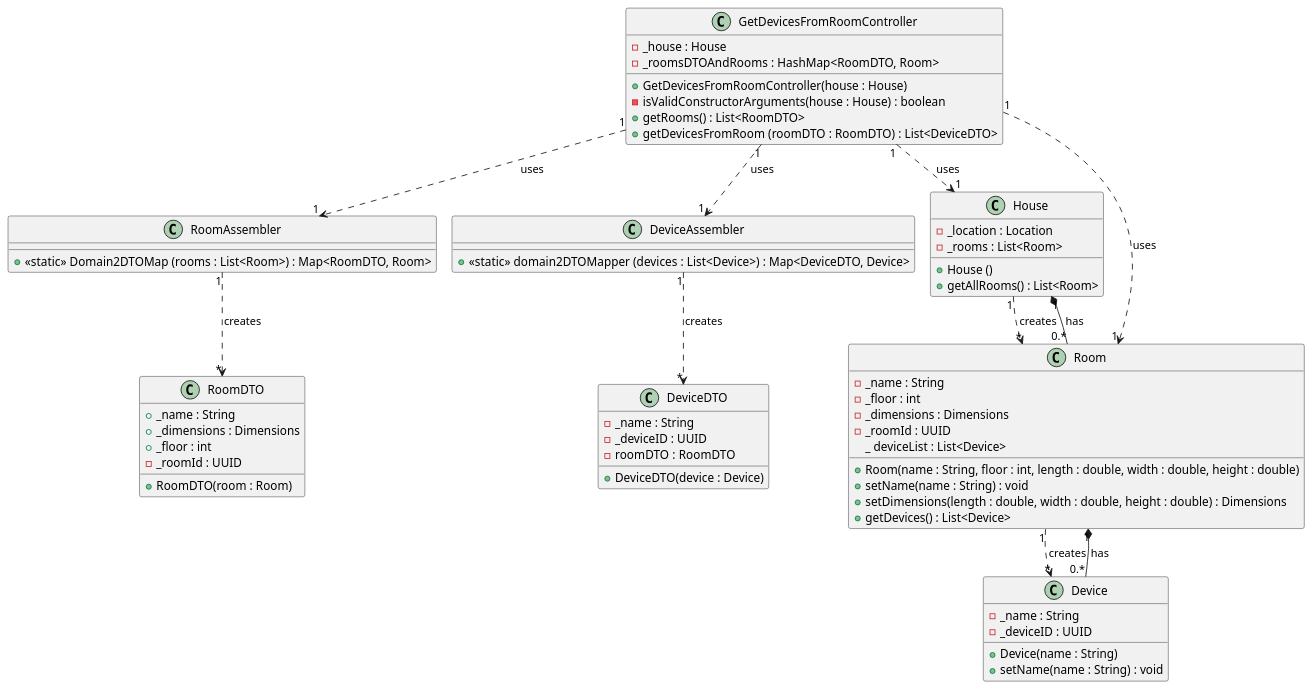
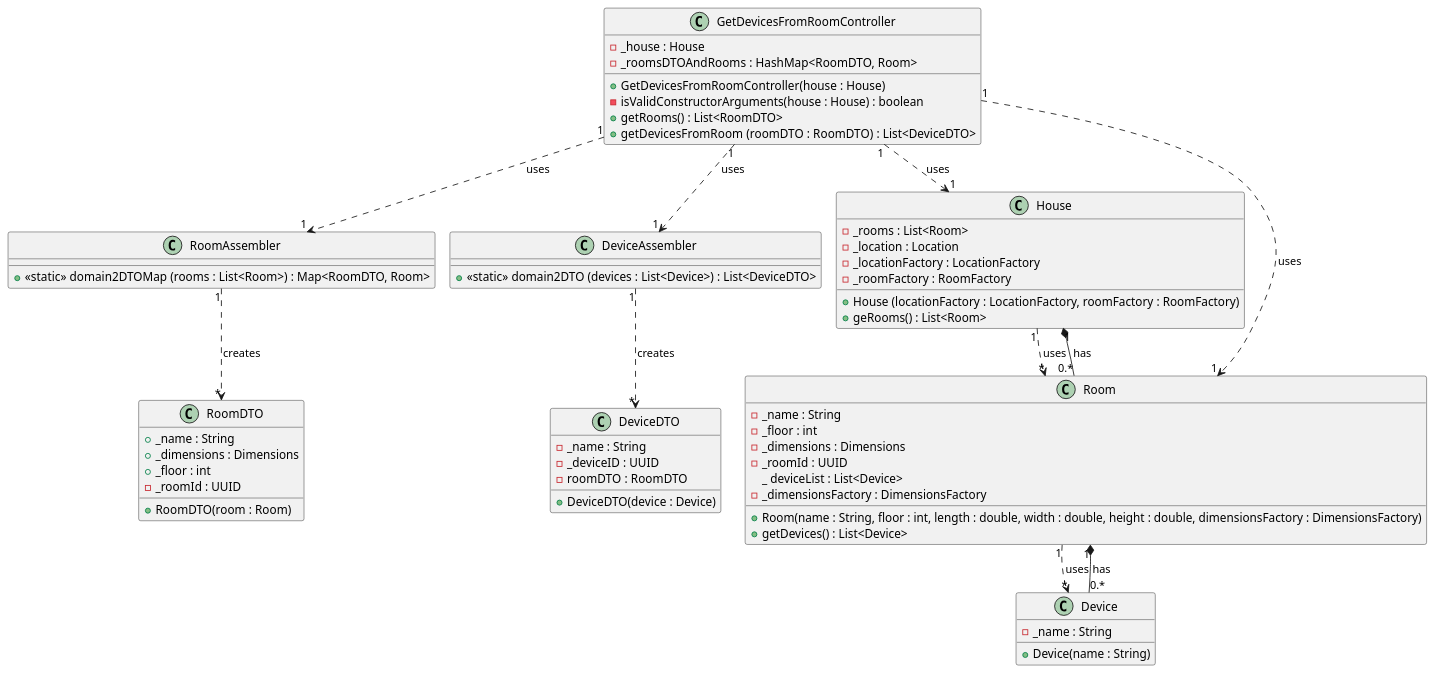
One commit to olivDiogo/SmartHome changed the diagram in docs/ood/classDiagram/US06GetDeviceListFromRoom.puml. Above: the diagram before and after it, drawn with PlantUML.

Commit message:
Sprint 2 Update Class Diagram
Refactor class diagram of Get Devices From Room controller

```diff
--- a/docs/ood/classDiagram/US06GetDeviceListFromRoom.puml
+++ b/docs/ood/classDiagram/US06GetDeviceListFromRoom.puml
@@ -1,92 +1,93 @@
 @startuml
 !pragma layout smetana
 
 'https://plantuml.com/sequence-diagram
 
 
 class GetDevicesFromRoomController{
 - _house : House
 - _roomsDTOAndRooms : HashMap<RoomDTO, Room>
 
 + GetDevicesFromRoomController(house : House)
 - isValidConstructorArguments(house : House) : boolean
 + getRooms() : List<RoomDTO>
 + getDevicesFromRoom (roomDTO : RoomDTO) : List<DeviceDTO>
 }
 
 class RoomAssembler{
 
-+ <<static>> Domain2DTOMap (rooms : List<Room>) : Map<RoomDTO, Room>
++ <<static>> domain2DTOMap (rooms : List<Room>) : Map<RoomDTO, Room>
 }
 
 
 class RoomDTO{
 + _name : String
 + _dimensions : Dimensions
 + _floor : int
 - _roomId : UUID
 
 +RoomDTO(room : Room)
 }
 
 class DeviceAssembler{
 
-+<<static>> domain2DTOMapper (devices : List<Device>) : Map<DeviceDTO, Device>
++<<static>> domain2DTO (devices : List<Device>) : List<DeviceDTO>
 }
 
 
 class DeviceDTO{
 - _name : String
 - _deviceID : UUID
 - roomDTO : RoomDTO
 
 +DeviceDTO(device : Device)
 }
 
 class House {
+- _rooms : List<Room>
 - _location : Location
-- _rooms : List<Room>
+- _locationFactory : LocationFactory
+- _roomFactory : RoomFactory
 
-+House ()
-+getAllRooms() : List<Room>
++House (locationFactory : LocationFactory, roomFactory : RoomFactory)
++geRooms() : List<Room>
 }
 
 class Room{
 - _name : String
 - _floor : int
 - _dimensions : Dimensions
 - _roomId : UUID
 _ deviceList : List<Device>
+- _dimensionsFactory : DimensionsFactory
 
-+Room(name : String, floor : int, length : double, width : double, height : double)
-+ setName(name : String) : void
-+ setDimensions(length : double, width : double, height : double) : Dimensions
++Room(name : String, floor : int, length : double, width : double, height : double, dimensionsFactory : DimensionsFactory)
 +getDevices() : List<Device>
 }
 
+
 class Device{
 - _name : String
-- _deviceID : UUID
 
 +Device(name : String)
-+ setName(name : String) : void
 }
+
 
 
 GetDevicesFromRoomController "1"..>"1" House: uses
 GetDevicesFromRoomController "1"..>"1" Room: uses
 GetDevicesFromRoomController "1"..>"1" RoomAssembler: uses
 GetDevicesFromRoomController "1"..>"1" DeviceAssembler: uses
 
 RoomAssembler "1"..>"*" RoomDTO: creates
 DeviceAssembler "1" ..>"*" DeviceDTO: creates
 
-House "1" ..> "*" Room: creates
-Room "1" ..> "*" Device: creates
+House "1" ..> "*" Room: uses
+Room "1" ..> "*" Device: uses
 
 House "1" *-- "0.*" Room : has
 Room "1" *-- "0.*" Device : has
 
 
 
 @enduml
```
